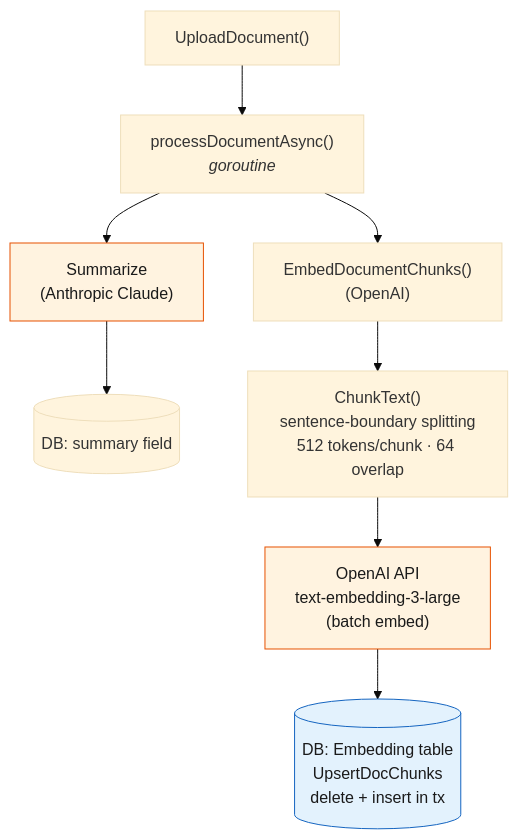
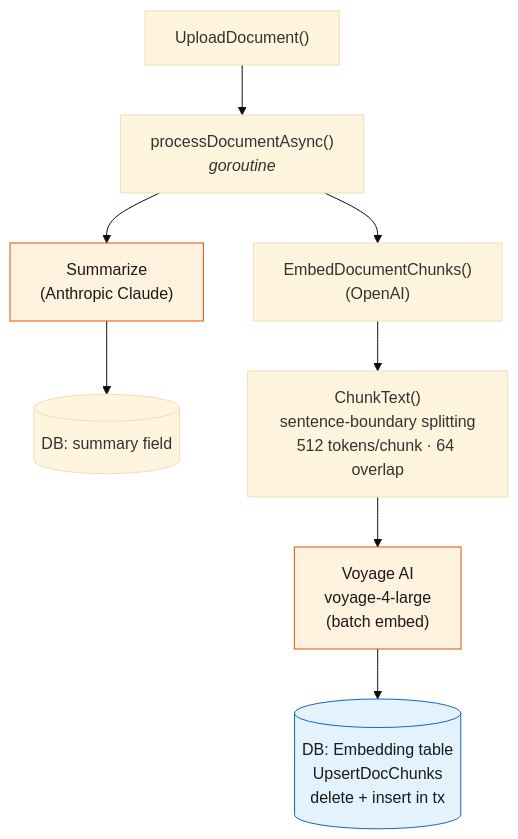
One commit to hubenschmidt/pina-colada changed the tenth of 11 diagrams in README.md. Above: the diagram before and after it, drawn with Mermaid (base theme). The commit also changed other lines of this file, not shown here.

````diff
--- a/README.md
+++ b/README.md
@@ -410,17 +410,17 @@
 ```mermaid
 flowchart TD
     UPLOAD["UploadDocument()"] --> ASYNC["processDocumentAsync()<br/><i>goroutine</i>"]
 
     ASYNC --> SUMM["Summarize<br/>(Anthropic Claude)"]
     SUMM --> DB1[("DB: summary field")]
 
     ASYNC --> EMBED["EmbedDocumentChunks()<br/>(OpenAI)"]
 
     EMBED --> CHUNK["ChunkText()<br/>sentence-boundary splitting<br/>512 tokens/chunk · 64 overlap"]
-    CHUNK --> API["OpenAI API<br/>text-embedding-3-large<br/>(batch embed)"]
+    CHUNK --> API["Voyage AI<br/>voyage-4-large<br/>(batch embed)"]
     API --> DB2[("DB: Embedding table<br/>UpsertDocChunks<br/>delete + insert in tx")]
 
     style SUMM fill:#fff3e0,stroke:#e65100,color:#1a1a1a
     style API fill:#fff3e0,stroke:#e65100,color:#1a1a1a
     style DB2 fill:#e3f2fd,stroke:#1565c0,color:#1a1a1a
 ```
````
